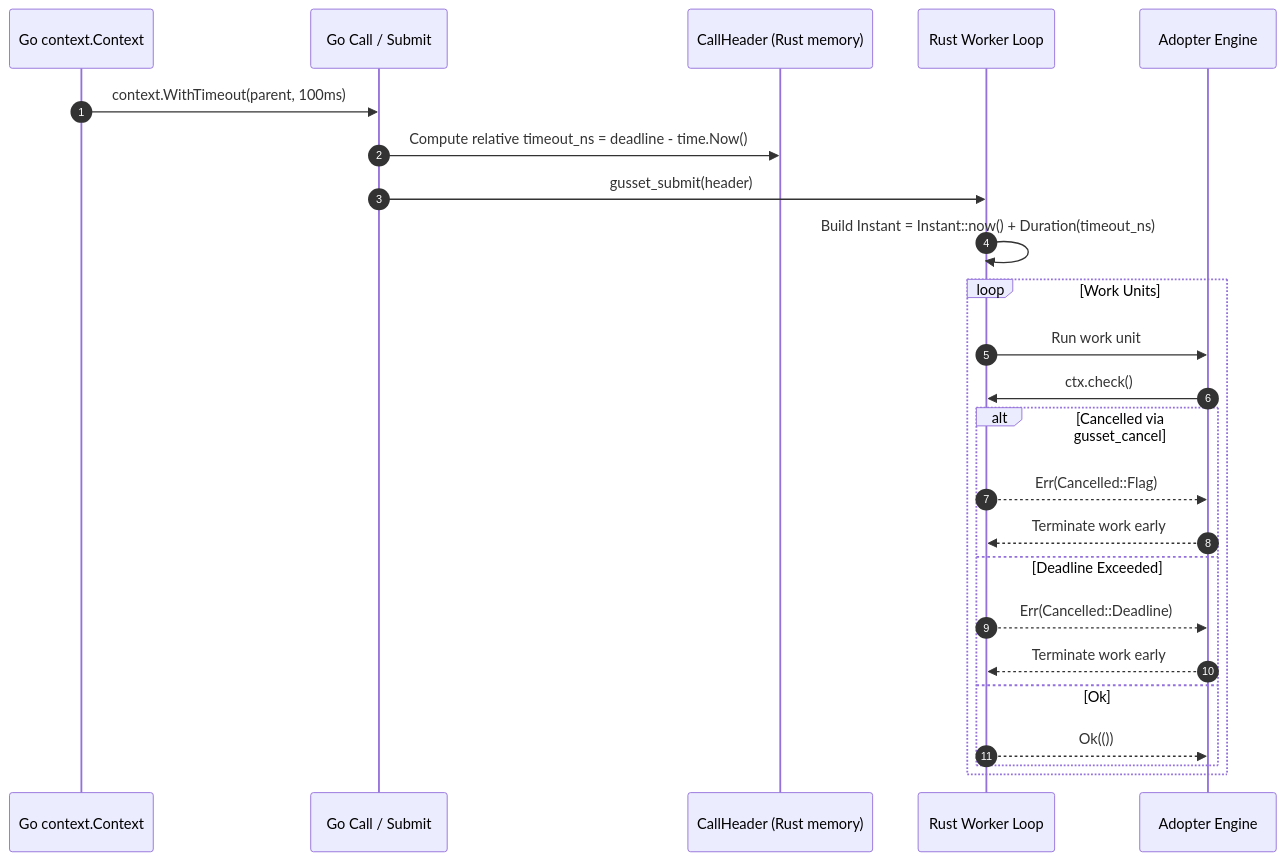
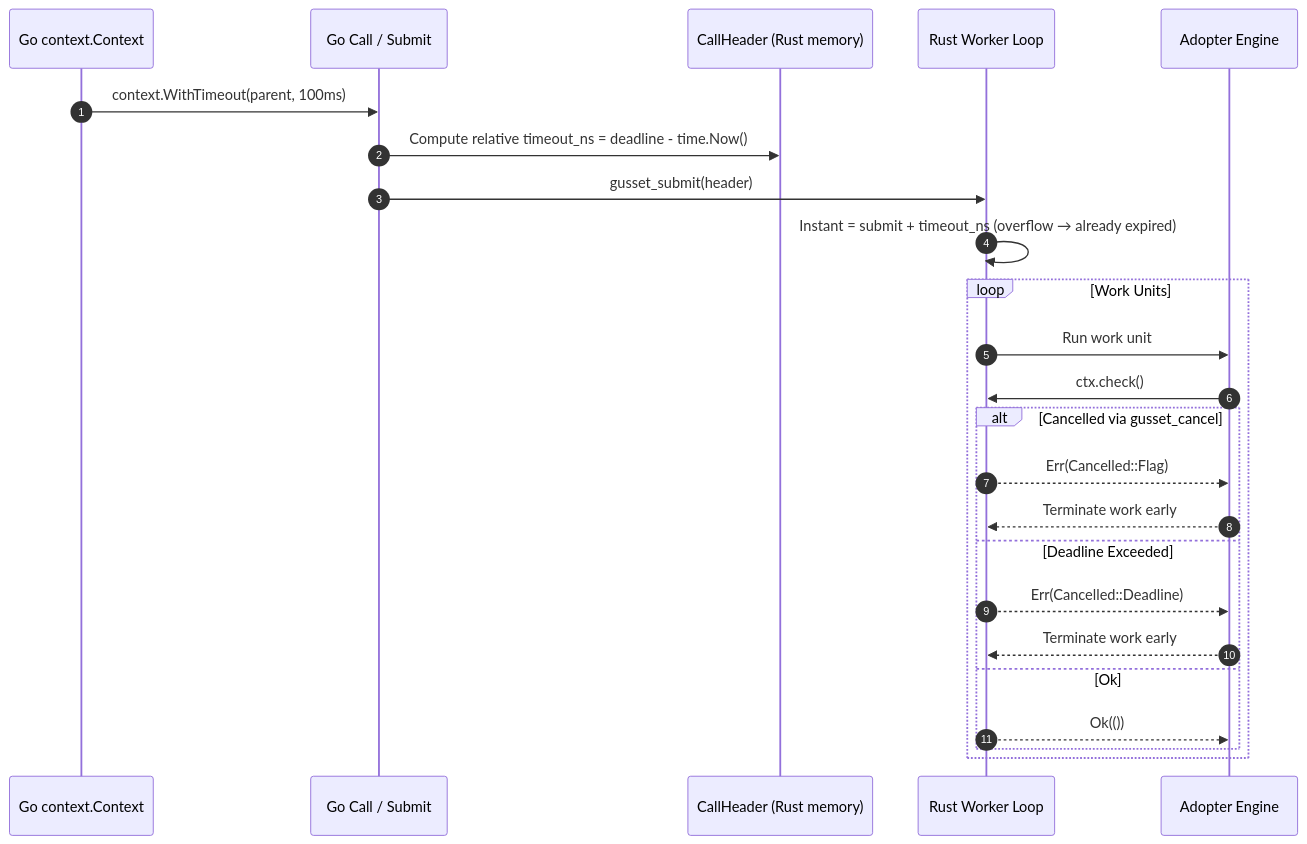
The second of 3 diagrams in docs/PLAN.md (bharathvbcr/gusset), drawn with Mermaid before and after one commit. The commit also changed other lines of this file and 80 other files, not shown here.

````diff
--- a/docs/PLAN.md
+++ b/docs/PLAN.md
@@ -62,28 +62,28 @@
 ```mermaid
 sequenceDiagram
     autonumber
     participant GoCtx as Go context.Context
     participant GoCaller as Go Call / Submit
     participant RustHeader as CallHeader (Rust memory)
     participant RustWorker as Rust Worker Loop
     participant Engine as Adopter Engine
 
     GoCtx->>GoCaller: context.WithTimeout(parent, 100ms)
     GoCaller->>RustHeader: Compute relative timeout_ns = deadline - time.Now()
     GoCaller->>RustWorker: gusset_submit(header)
-    RustWorker->>RustWorker: Build Instant = Instant::now() + Duration(timeout_ns)
+    RustWorker->>RustWorker: Instant = submit + timeout_ns (overflow → already expired)
     
     loop Work Units
         RustWorker->>Engine: Run work unit
         Engine->>RustWorker: ctx.check()
         alt Cancelled via gusset_cancel
             RustWorker-->>Engine: Err(Cancelled::Flag)
             Engine-->>RustWorker: Terminate work early
         else Deadline Exceeded
             RustWorker-->>Engine: Err(Cancelled::Deadline)
             Engine-->>RustWorker: Terminate work early
         else Ok
             RustWorker-->>Engine: Ok(())
         end
     end
 ```
````
